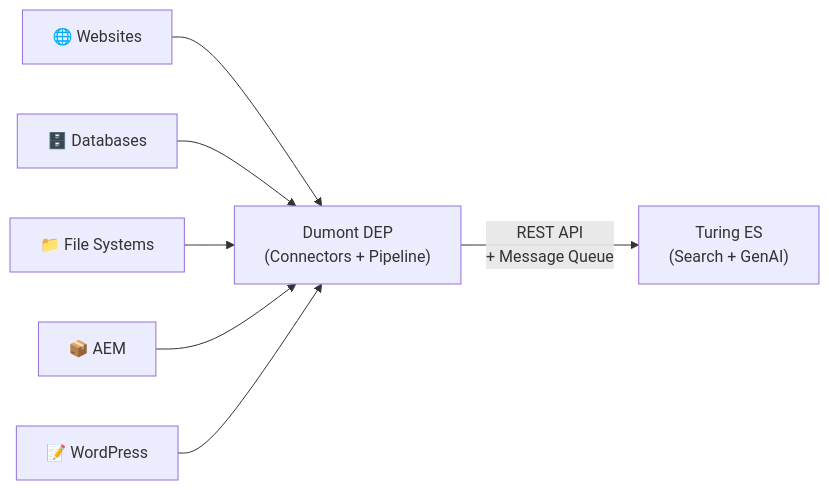
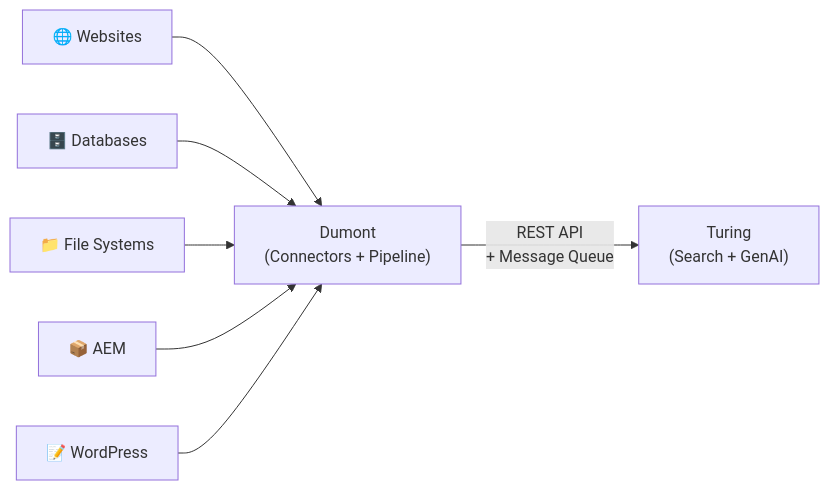
Before and after one commit to openviglet/docs: the diagram in docs-dumont/getting-started/intro.md, drawn with Mermaid. The commit also changed other lines of this file and 157 other files, not shown here.

````diff
--- a/docs-dumont/getting-started/intro.md
+++ b/docs-dumont/getting-started/intro.md
@@ -45,20 +45,20 @@
 ```mermaid
 graph LR
     WEB["🌐 Websites"]
     DB["🗄️ Databases"]
     FS["📁 File Systems"]
     AEM["📦 AEM"]
     WP["📝 WordPress"]
 
-    DUM["Dumont DEP\n(Connectors + Pipeline)"]
+    DUM["Dumont\n(Connectors + Pipeline)"]
 
-    TUR["Turing ES\n(Search + GenAI)"]
+    TUR["Turing\n(Search + GenAI)"]
 
     WEB --> DUM
     DB --> DUM
     FS --> DUM
     AEM --> DUM
     WP --> DUM
 
     DUM -->|"REST API\n+ Message Queue"| TUR
 ```
````
